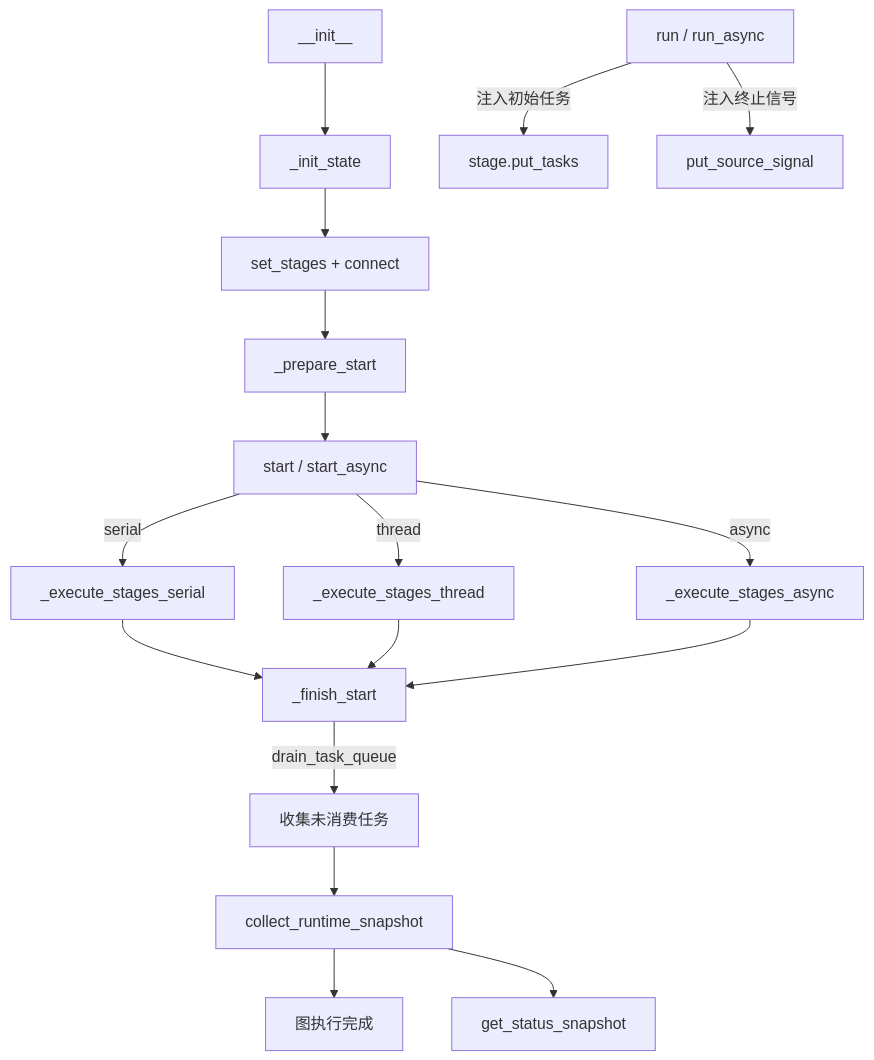
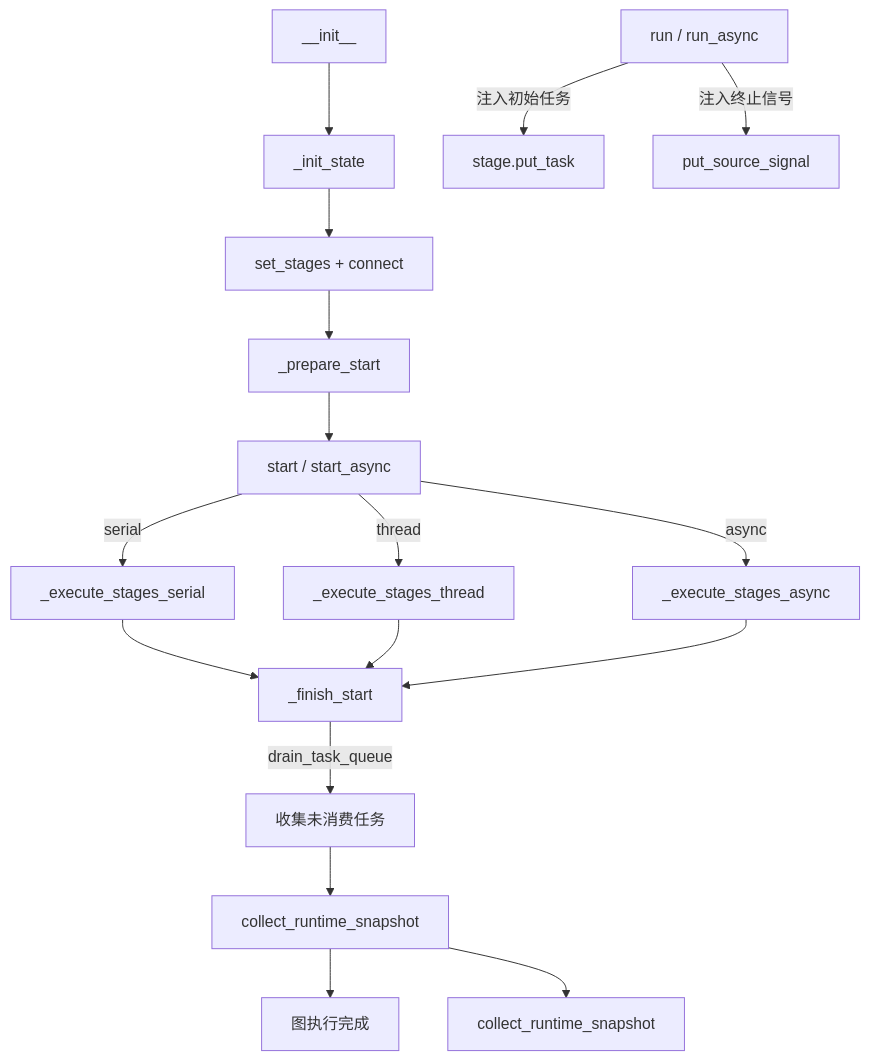
One commit to Mr-xiaotian/CelestialFlow changed the diagram in docs/zh-CN/src/graph/core_graph.md. Above: the diagram before and after it, drawn with Mermaid. The commit also changed other lines of this file and 23 other files, not shown here.

````diff
--- a/docs/zh-CN/src/graph/core_graph.md
+++ b/docs/zh-CN/src/graph/core_graph.md
@@ -286,21 +288,21 @@
 ```mermaid
 flowchart TD
     INIT[__init__] --> INIT_STATE[_init_state]
     INIT_STATE --> BUILD[set_stages + connect]
     BUILD --> PREPARE[_prepare_start]
     PREPARE --> START[start / start_async]
     START -->|serial| SER[_execute_stages_serial]
     START -->|thread| THR[_execute_stages_thread]
     START -->|async| ASY[_execute_stages_async]
     SER --> FINISH[_finish_start]
     THR --> FINISH
     ASY --> FINISH
     FINISH -->|drain_task_queue| DRAIN[收集未消费任务]
     DRAIN --> SNAP[collect_runtime_snapshot]
     SNAP --> END[图执行完成]
 
-    SNAP --> STATUS[get_status_snapshot]
+    SNAP --> STATUS[collect_runtime_snapshot]
 
-    RUN[run / run_async] -->|注入初始任务| PUT[stage.put_tasks]
+    RUN[run / run_async] -->|注入初始任务| PUT[stage.put_task]
     RUN -->|注入终止信号| SIGNAL[put_source_signal]
 ```
````
